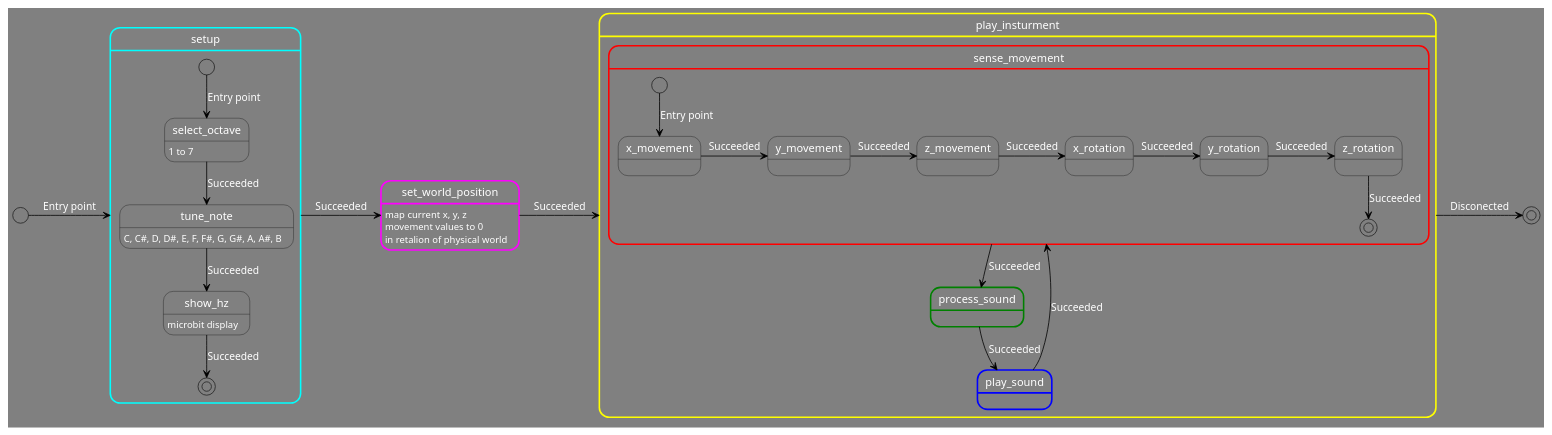
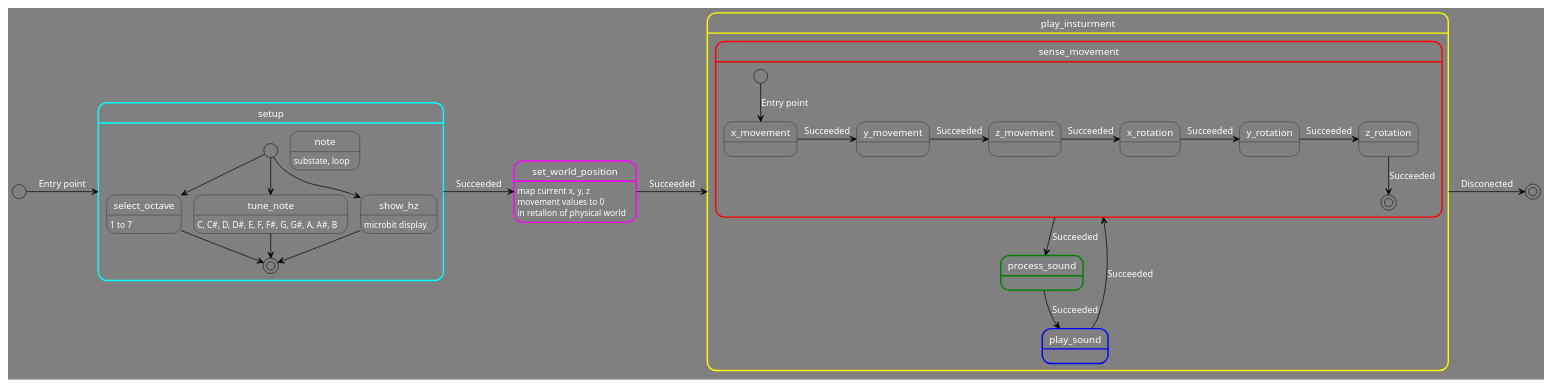
One commit to jfUPB/bitacorassfi12024-10-LemurWater changed the diagram in Unidad3/puml/state_machine.puml. Above: the diagram before and after it, drawn with PlantUML.

```diff
--- a/Unidad3/puml/state_machine.puml
+++ b/Unidad3/puml/state_machine.puml
@@ -1,69 +1,82 @@
 @startuml
 
 scale 1920 width
 
 <style>
 stateDiagram {
   BackgroundColor grey
   'LineColor white
   FontName Impact
   FontColor white
   arrow {
     FontSize 13
     LineColor black
   }
 }
 </style>
 
 
 
 [*] -> setup : Entry point
 
 state setup ##[bold]cyan {
- [*] --> select_octave : Entry point
- select_octave: 1 to 7
- select_octave --> tune_note : Succeeded
- tune_note: C, C#, D, D#, E, F, F#, G, G#, A, A#, B
- tune_note --> show_hz : Succeeded
- show_hz: microbit display
- show_hz --> [*] : Succeeded
+    [*] --> select_octave
+    note: substate, loop
+    [*] --> tune_note
+    [*] --> show_hz
+
+    state select_octave {
+        select_octave: 1 to 7
+    }
+    state tune_note {
+        tune_note: C, C#, D, D#, E, F, F#, G, G#, A, A#, B
+    }
+    state show_hz {
+    show_hz: microbit display
+    }
+
+
+    select_octave --> [*]
+    tune_note --> [*]
+    show_hz --> [*]
+
 }
 setup -> set_world_position : Succeeded
 
 
 state set_world_position ##[bold]magenta {
  set_world_position: map current x, y, z
  set_world_position: movement values to 0
  set_world_position: in retalion of physical world
 }
 set_world_position -> play_insturment : Succeeded
 
 
 
 state play_insturment ##[bold]yellow {
  state sense_movement ##[bold]red {
   [*] --> x_movement : Entry point
   x_movement -> y_movement: Succeeded
   y_movement -> z_movement: Succeeded
   z_movement -> x_rotation: Succeeded
   x_rotation -> y_rotation: Succeeded
   y_rotation -> z_rotation: Succeeded
   z_rotation --> [*]: Succeeded
  }
  sense_movement --> process_sound : Succeeded
  
 
 state process_sound ##[bold]green {
  }
  process_sound --> play_sound : Succeeded
  
 
 
 state play_sound ##[bold]blue {
  }
  play_sound --> sense_movement: Succeeded
 }
 
 play_insturment -> [*] : Disconected
 
 @enduml
```
